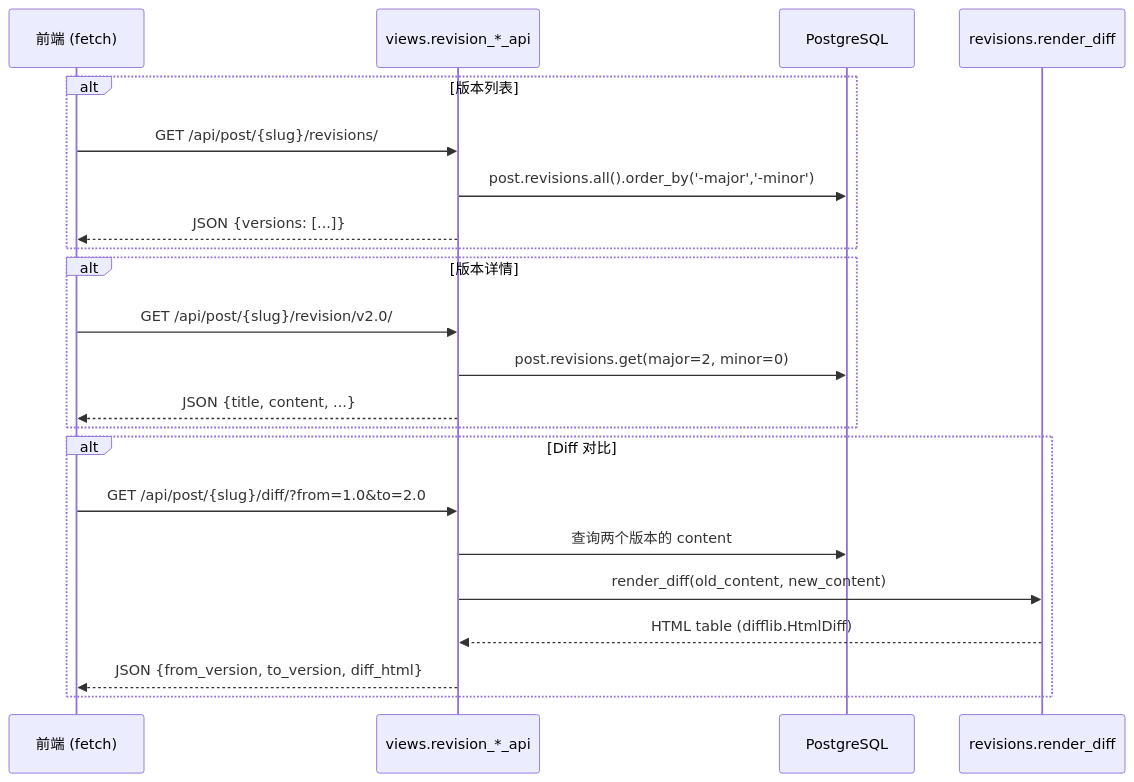
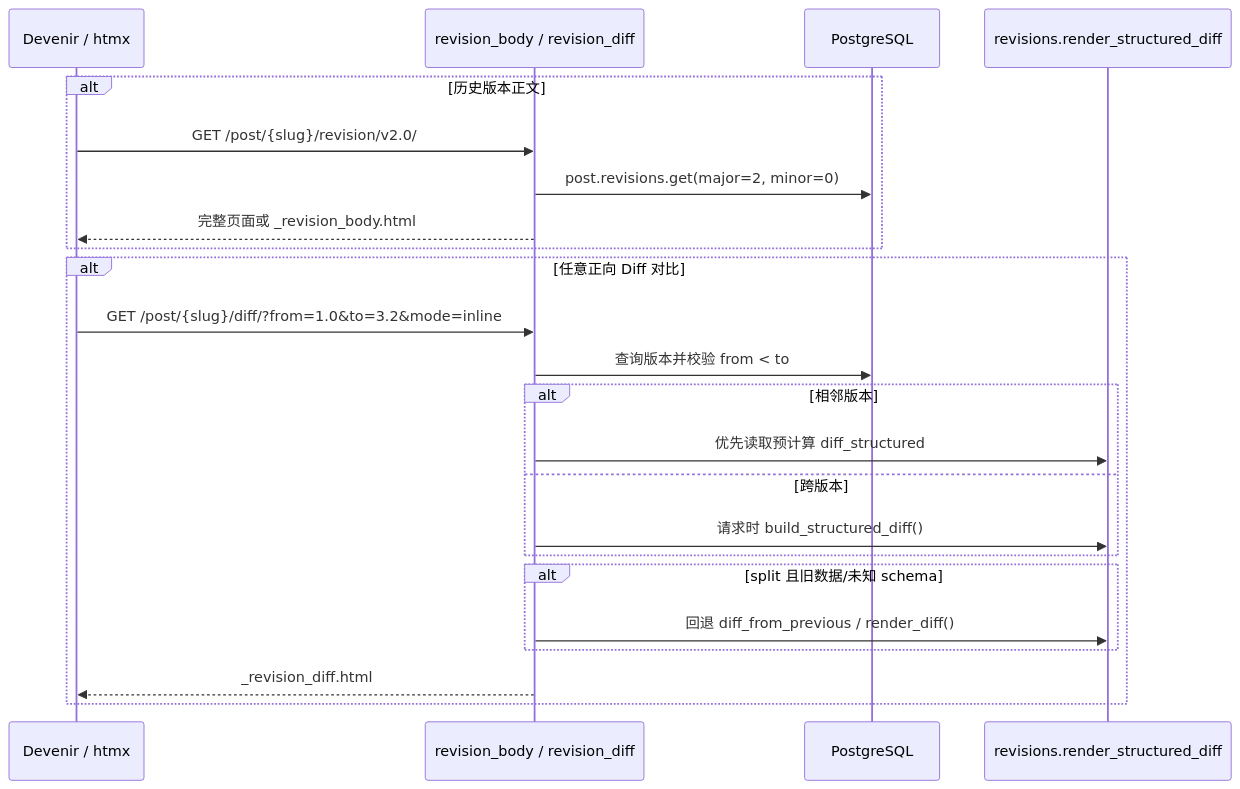
One commit to se-veN714/PowerAdapterBlogs changed the sixth of 8 diagrams in Blogs/DEVELOPMENT.md. Above: the diagram before and after it, drawn with Mermaid. The commit also changed other lines of this file and 23 other files, not shown here.

Commit message:
docs: consolidate guides and update v2 roadmap

````diff
--- a/Blogs/DEVELOPMENT.md
+++ b/Blogs/DEVELOPMENT.md
@@ -327,27 +405,27 @@
 ```mermaid
 sequenceDiagram
-    participant Frontend as 前端 (fetch)
-    participant View as views.revision_*_api
+    participant Frontend as Devenir / htmx
+    participant View as revision_body / revision_diff
     participant DB as PostgreSQL
-    participant Rev as revisions.render_diff
+    participant Rev as revisions.render_structured_diff
 
-    alt 版本列表
-        Frontend->>View: GET /api/post/{slug}/revisions/
-        View->>DB: post.revisions.all().order_by('-major','-minor')
-        View-->>Frontend: JSON {versions: [...]}
+    alt 历史版本正文
+        Frontend->>View: GET /post/{slug}/revision/v2.0/
+        View->>DB: post.revisions.get(major=2, minor=0)
+        View-->>Frontend: 完整页面或 _revision_body.html
     end
 
-    alt 版本详情
-        Frontend->>View: GET /api/post/{slug}/revision/v2.0/
-        View->>DB: post.revisions.get(major=2, minor=0)
-        View-->>Frontend: JSON {title, content, ...}
-    end
-
-    alt Diff 对比
-        Frontend->>View: GET /api/post/{slug}/diff/?from=1.0&to=2.0
-        View->>DB: 查询两个版本的 content
-        View->>Rev: render_diff(old_content, new_content)
-        Rev-->>View: HTML table (difflib.HtmlDiff)
-        View-->>Frontend: JSON {from_version, to_version, diff_html}
+    alt 任意正向 Diff 对比
+        Frontend->>View: GET /post/{slug}/diff/?from=1.0&to=3.2&mode=inline
+        View->>DB: 查询版本并校验 from < to
+        alt 相邻版本
+            View->>Rev: 优先读取预计算 diff_structured
+        else 跨版本
+            View->>Rev: 请求时 build_structured_diff()
+        end
+        alt split 且旧数据/未知 schema
+            View->>Rev: 回退 diff_from_previous / render_diff()
+        end
+        View-->>Frontend: _revision_diff.html
     end
 ```
````
